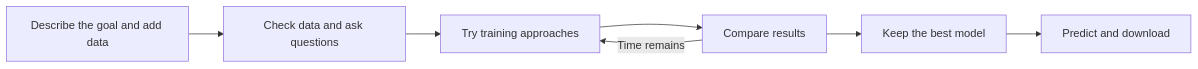
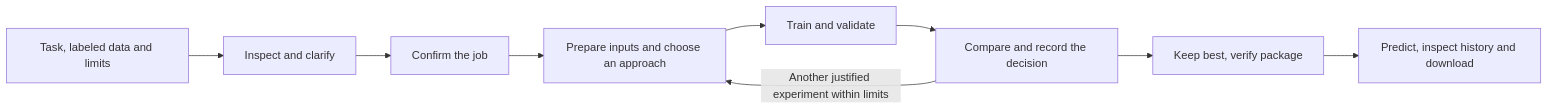
The diagram in docs/m5-presentation-brief.md (Hsenabbass/GoTrain), drawn with Mermaid before and after one commit. The commit also changed other lines of this file and 1 other file, not shown here.

````diff
--- a/docs/m5-presentation-brief.md
+++ b/docs/m5-presentation-brief.md
@@ -37,9 +42,11 @@
 ```mermaid
 flowchart LR
-    A[Describe the goal and add data] --> B[Check data and ask questions]
-    B --> C[Try training approaches]
-    C --> D[Compare results]
-    D -->|Time remains| C
-    D --> E[Keep the best model]
-    E --> F[Predict and download]
+    A[Task, labeled data and limits] --> B[Inspect and clarify]
+    B --> C[Confirm the job]
+    C --> D[Prepare inputs and choose an approach]
+    D --> E[Train and validate]
+    E --> F[Compare and record the decision]
+    F -->|Another justified experiment within limits| D
+    F --> G[Keep best, verify package]
+    G --> H[Predict, inspect history and download]
 ```
````
